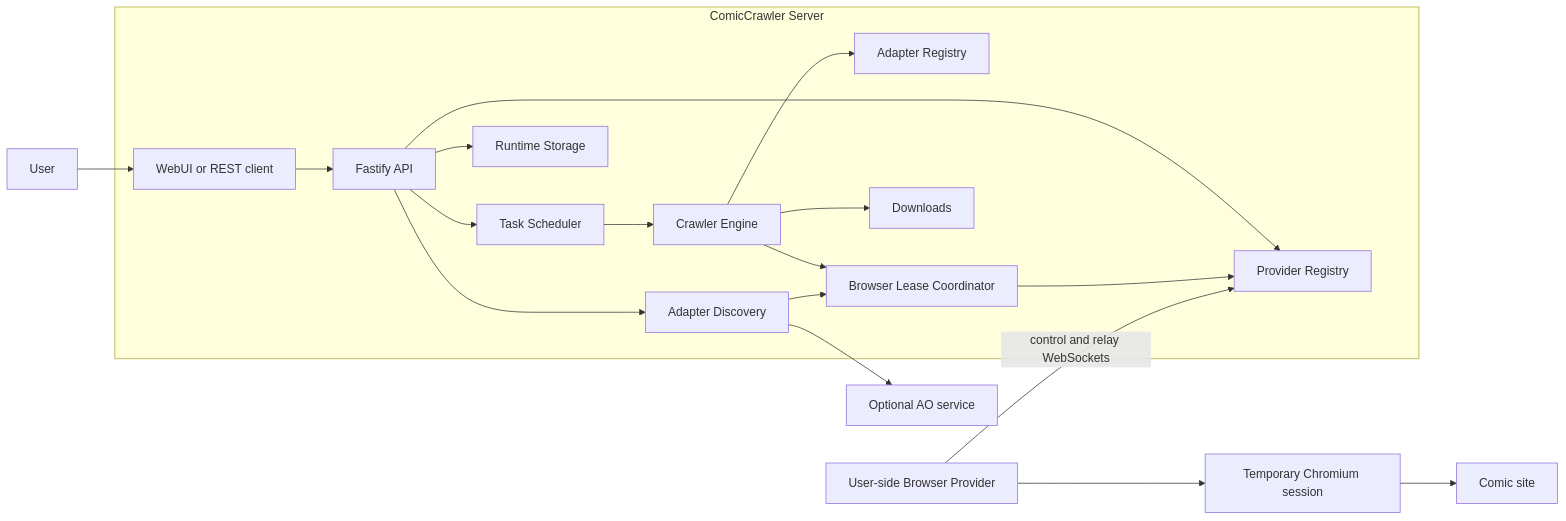
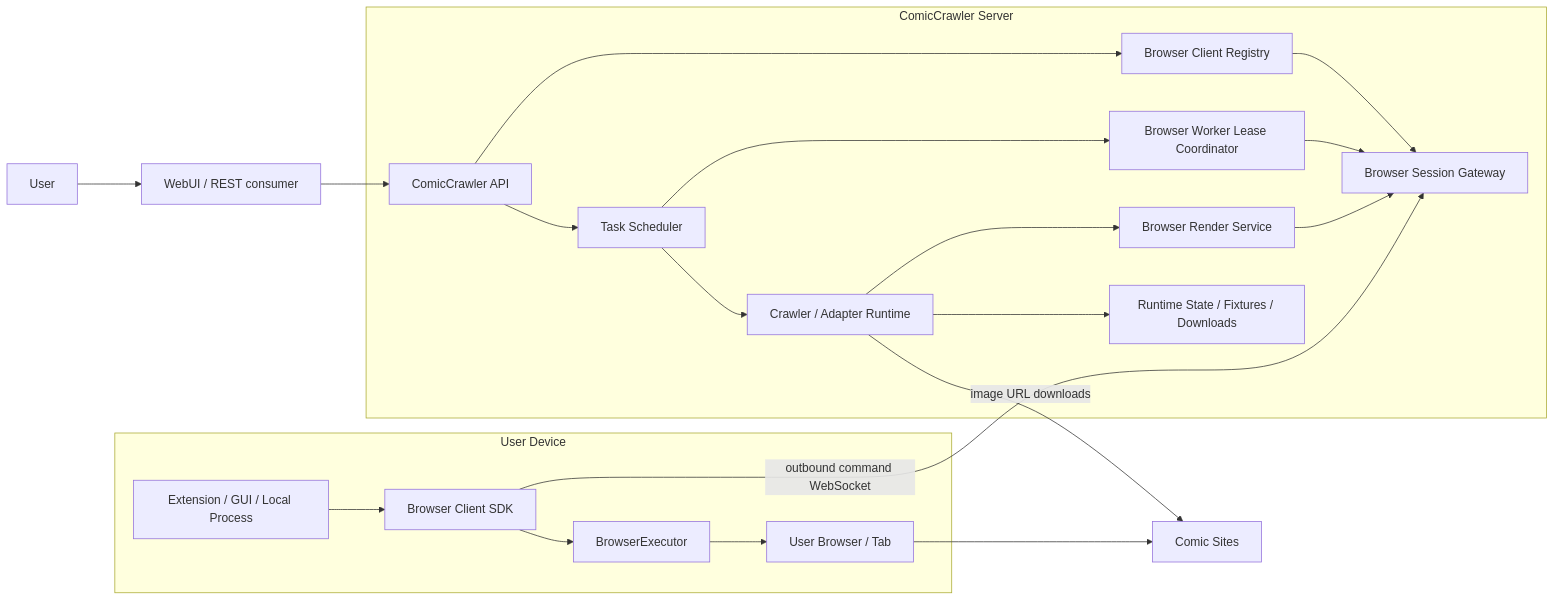
One commit to luberserker0v0/comic-crawler changed the first of 5 diagrams in docs/development/SDD.md. Above: the diagram before and after it, drawn with Mermaid. The commit also changed other lines of this file and 163 other files, not shown here.

Commit message:
feat: replace browser provider with browser client framework

````diff
--- a/docs/development/SDD.md
+++ b/docs/development/SDD.md
@@ -20,23 +5,31 @@
 ```mermaid
 flowchart LR
-  User[User] --> UI[WebUI or REST client]
+  User[User] --> UI[WebUI / REST consumer]
+  UI --> API[ComicCrawler API]
 
   subgraph Server[ComicCrawler Server]
-    UI --> API[Fastify API]
     API --> Scheduler[Task Scheduler]
-    Scheduler --> Crawler[Crawler Engine]
-    Crawler --> Adapters[Adapter Registry]
-    API --> Discovery[Adapter Discovery]
-    API --> Providers[Provider Registry]
-    Crawler --> Leases[Browser Lease Coordinator]
-    Discovery --> Leases
-    Leases --> Providers
-    API --> Storage[Runtime Storage]
-    Crawler --> Downloads[Downloads]
+    Scheduler --> Runtime[Crawler / Adapter Runtime]
+    API --> Registry[Browser Client Registry]
+    Registry --> Gateway[Browser Session Gateway]
+    Scheduler --> Lease[Browser Worker Lease Coordinator]
+    Lease --> Gateway
+    Runtime --> Render[Browser Render Service]
+    Render --> Gateway
+    Runtime --> Store[Runtime State / Fixtures / Downloads]
   end
 
-  Provider[User-side Browser Provider] -->|control and relay WebSockets| Providers
-  Provider --> Browser[Temporary Chromium session]
-  Browser --> Site[Comic site]
-  Discovery --> AO[Optional AO service]
+  subgraph Device[User Device]
+    App[Extension / GUI / Local Process]
+    SDK[Browser Client SDK]
+    Executor[BrowserExecutor]
+    Browser[User Browser / Tab]
+    App --> SDK
+    SDK --> Executor
+    Executor --> Browser
+  end
+
+  SDK -->|outbound command WebSocket| Gateway
+  Browser --> Sites[Comic Sites]
+  Runtime -->|image URL downloads| Sites
 ```
````
